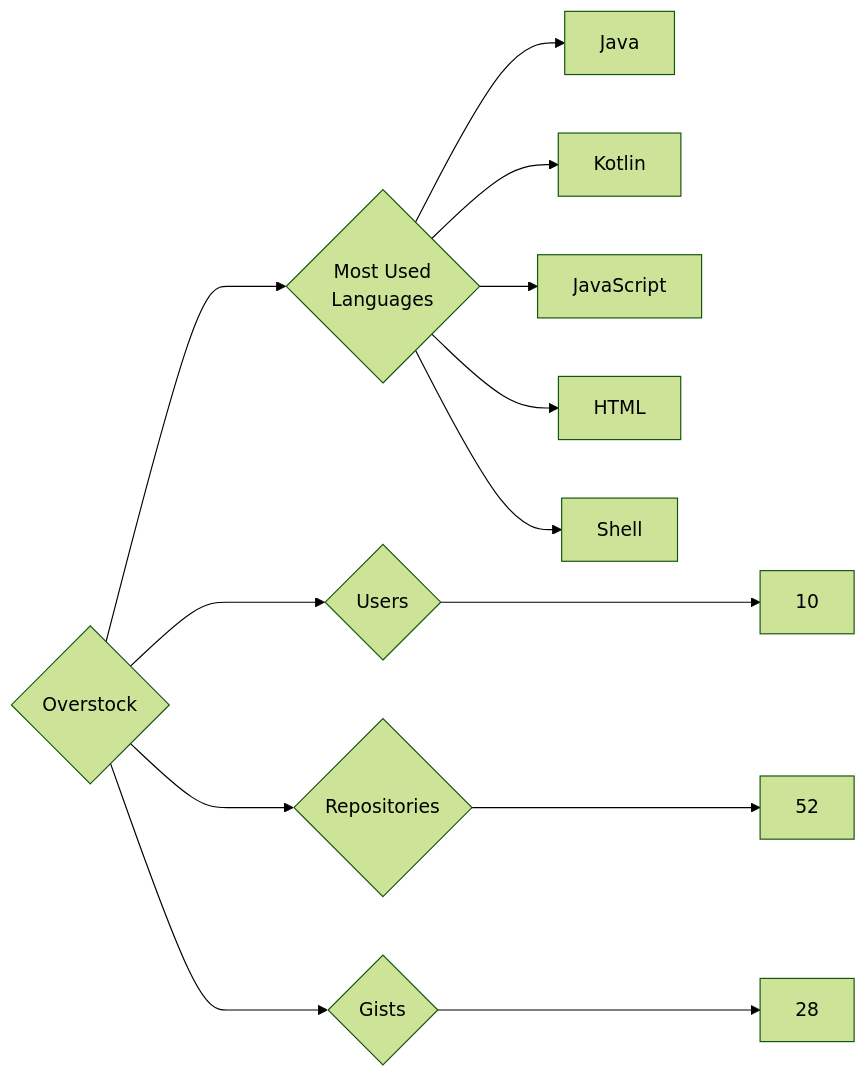
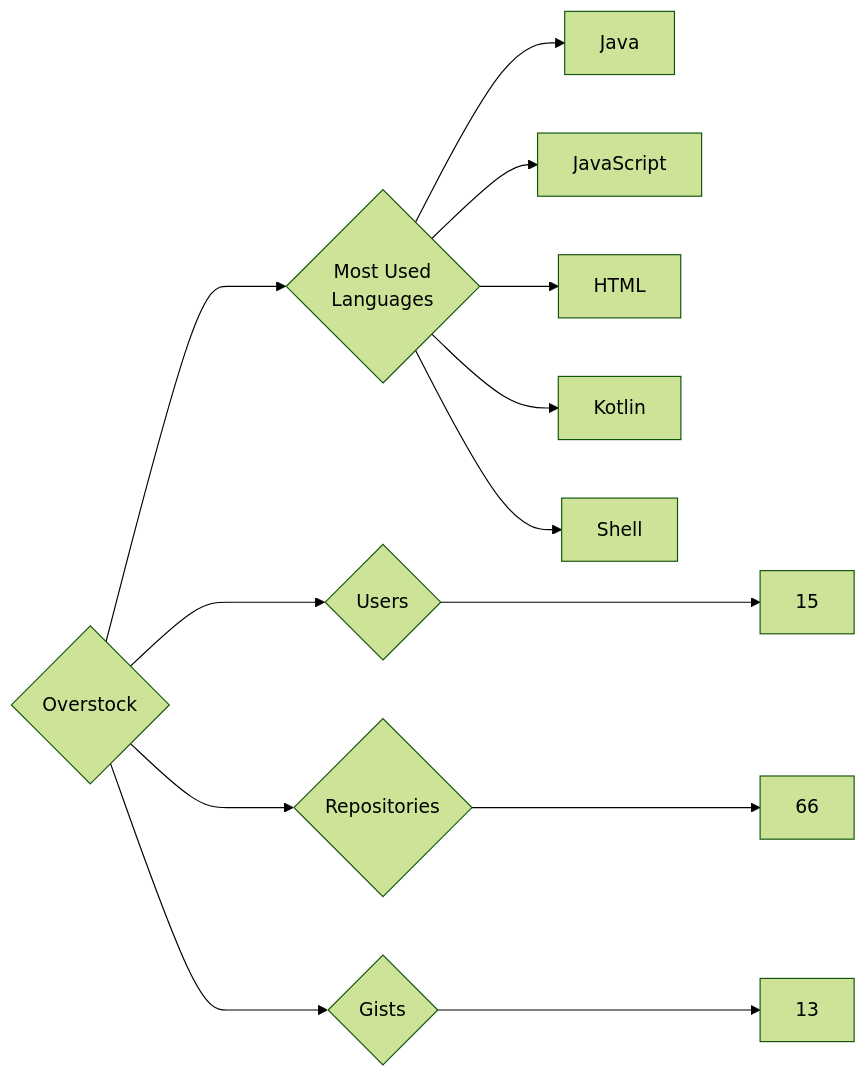
One commit to trickest/insiders changed the diagram in targets/Overstock/README.md. Above: the diagram before and after it, drawn with Mermaid (forest theme). The commit also changed 1479 other files, not shown here.

````diff
--- a/targets/Overstock/README.md
+++ b/targets/Overstock/README.md
@@ -3,13 +3,13 @@
 ```mermaid
 graph LR
 COMPANY_NAME{Overstock}
-COMPANY_NAME ---> U{Users} ---> UN[10]
-COMPANY_NAME ---> R{Repositories} ---> RN[52]
-COMPANY_NAME ---> G{Gists} ---> GN[28]
+COMPANY_NAME ---> U{Users} ---> UN[15]
+COMPANY_NAME ---> R{Repositories} ---> RN[66]
+COMPANY_NAME ---> G{Gists} ---> GN[13]
 COMPANY_NAME ---> ML{Most Used<br>Languages}
 ML --> Java[Java]
-ML --> Kotlin[Kotlin]
 ML --> JavaScript[JavaScript]
 ML --> HTML[HTML]
+ML --> Kotlin[Kotlin]
 ML --> Shell[Shell]
 ```
````
